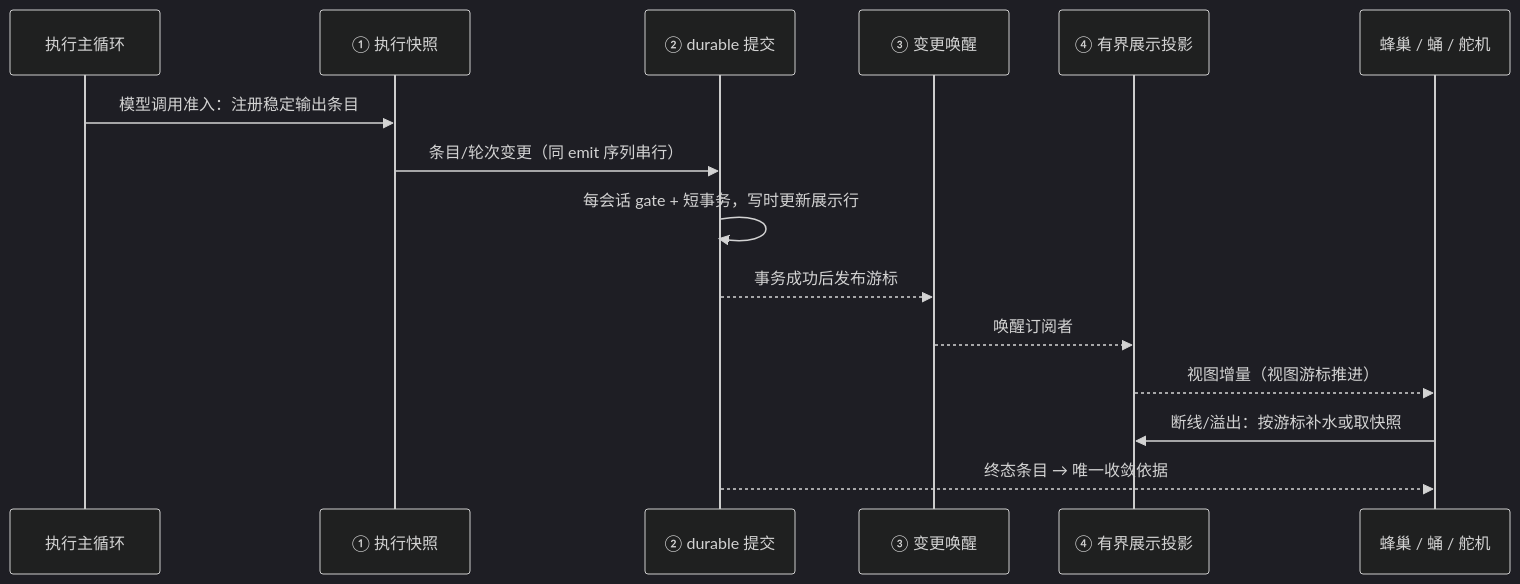
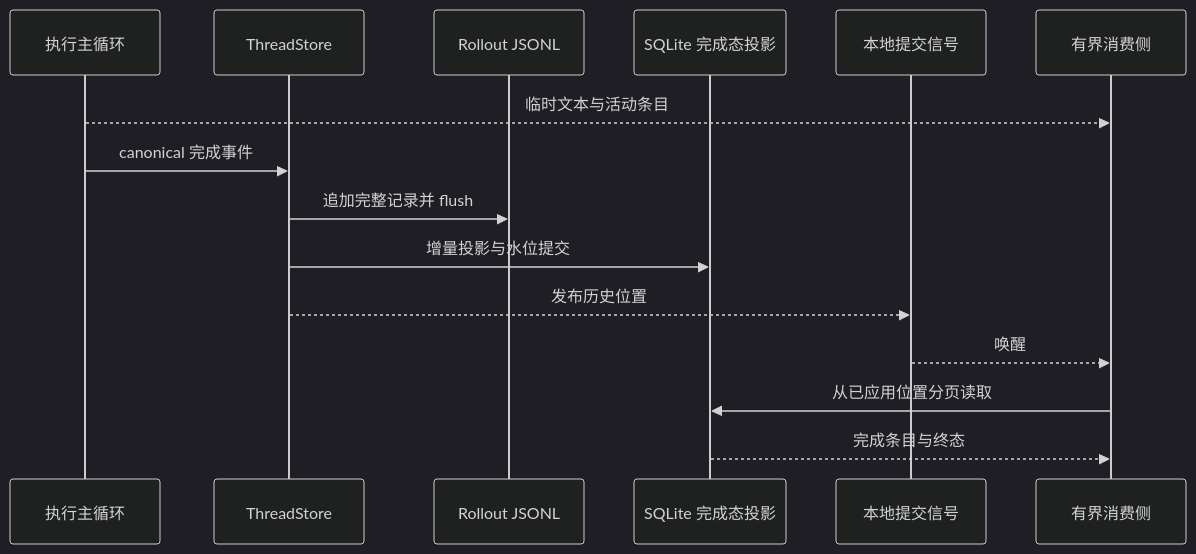
Before and after one commit to ylsdamxssjxxdd/wunder: the diagram in docs/设计文档/03-实时投影系统设计.md, drawn with Mermaid (dark theme). The commit also changed other lines of this file and 237 other files, not shown here.

````diff
--- a/docs/设计文档/03-实时投影系统设计.md
+++ b/docs/设计文档/03-实时投影系统设计.md
@@ -69,18 +36,17 @@
 ```mermaid
 sequenceDiagram
   participant Exec as 执行主循环
-  participant Snap as ① 执行快照
-  participant Commit as ② durable 提交
-  participant Hub as ③ 变更唤醒
-  participant View as ④ 有界展示投影
-  participant Client as 蜂巢 / 蛹 / 舵机
-
-  Exec->>Snap: 模型调用准入：注册稳定输出条目
-  Snap->>Commit: 条目/轮次变更（同 emit 序列串行）
-  Commit->>Commit: 每会话 gate + 短事务，写时更新展示行
-  Commit-->>Hub: 事务成功后发布游标
-  Hub-->>View: 唤醒订阅者
-  View-->>Client: 视图增量（视图游标推进）
-  Client->>View: 断线/溢出：按游标补水或取快照
-  Commit-->>Client: 终态条目 → 唯一收敛依据
+  participant Store as ThreadStore
+  participant File as Rollout JSONL
+  participant History as SQLite 完成态投影
+  participant Hub as 本地提交信号
+  participant Client as 有界消费侧
+  Exec-->>Client: 临时文本与活动条目
+  Exec->>Store: canonical 完成事件
+  Store->>File: 追加完整记录并 flush
+  Store->>History: 增量投影与水位提交
+  Store-->>Hub: 发布历史位置
+  Hub-->>Client: 唤醒
+  Client->>History: 从已应用位置分页读取
+  History-->>Client: 完成条目与终态
 ```
````
